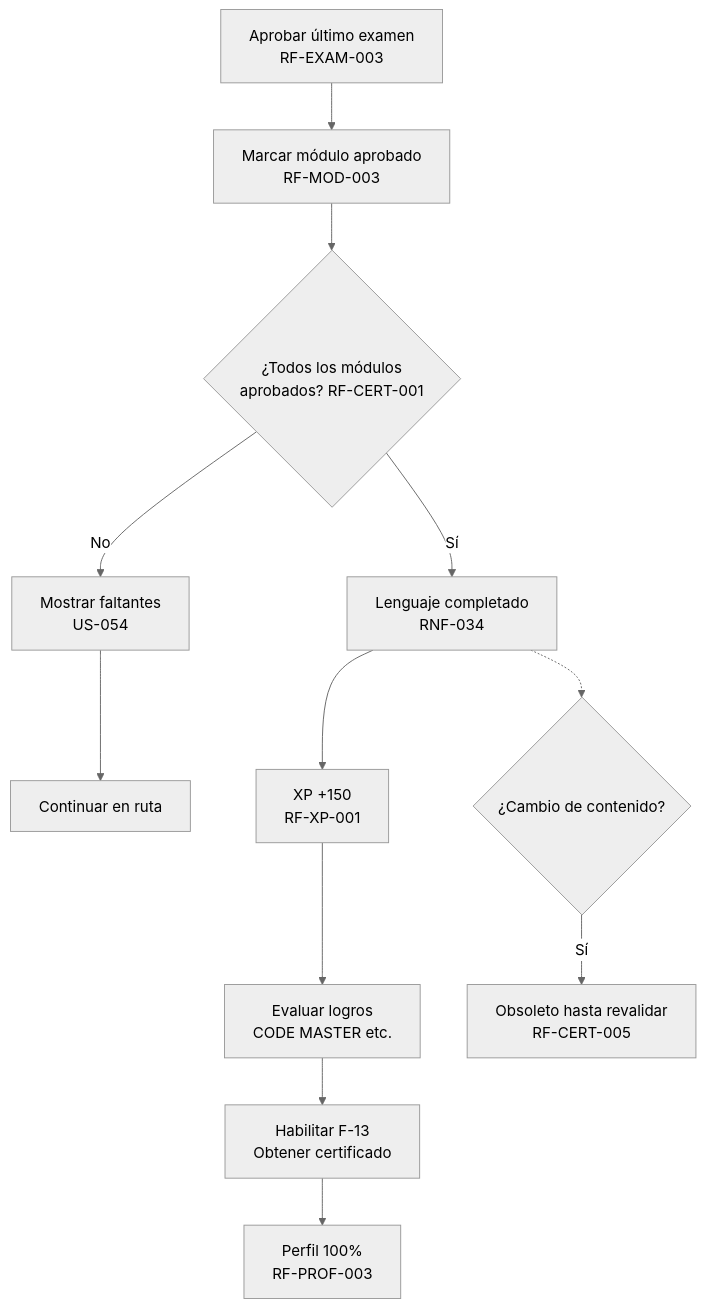
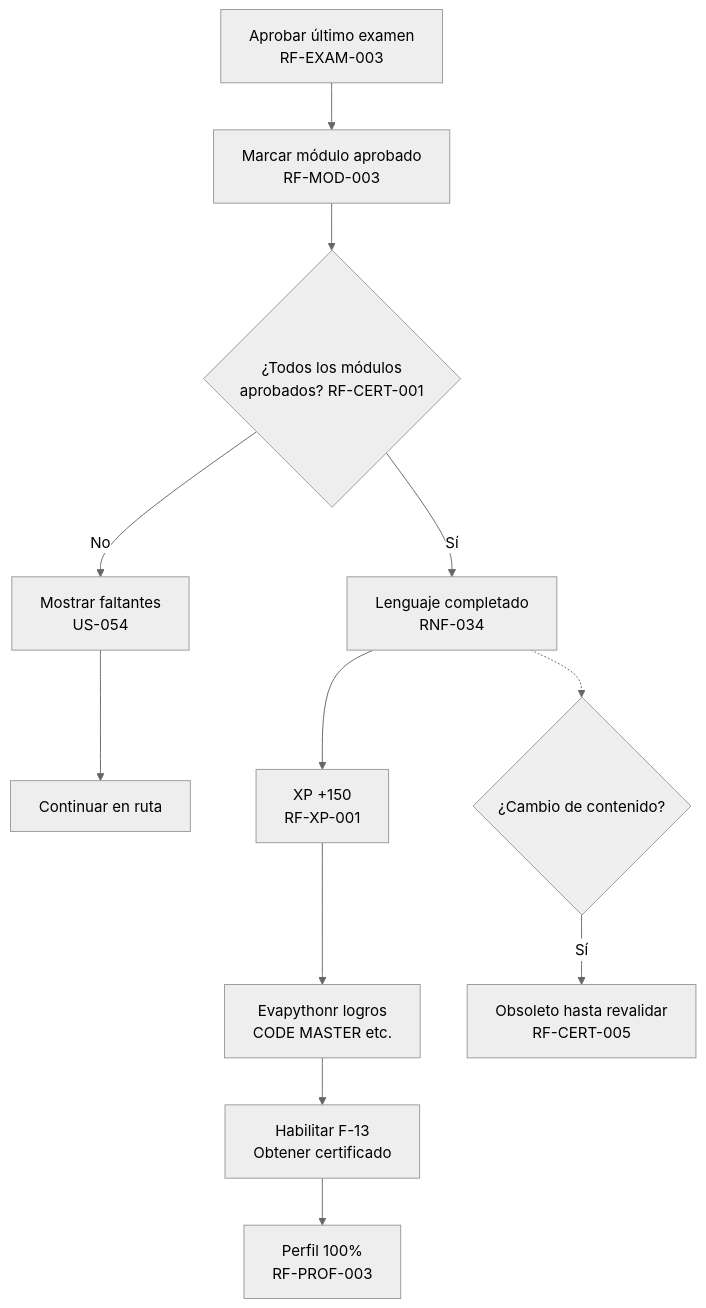
Before and after one commit to nastex123/DuolingoProgramacion: diagram 13 of 17 in docs/09_USER_FLOWS.md, drawn with Mermaid (neutral theme). The commit also changed other lines of this file and 65 other files, not shown here.

````diff
--- a/docs/09_USER_FLOWS.md
+++ b/docs/09_USER_FLOWS.md
@@ -758,14 +758,14 @@
 ```mermaid
 flowchart TD
     A[Aprobar último examen<br/>RF-EXAM-003] --> B[Marcar módulo aprobado<br/>RF-MOD-003]
     B --> C{¿Todos los módulos<br/>aprobados? RF-CERT-001}
     C -->|No| D[Mostrar faltantes<br/>US-054]
     D --> E[Continuar en ruta]
     C -->|Sí| F[Lenguaje completado<br/>RNF-034]
     F --> G[XP +150<br/>RF-XP-001]
-    G --> H[Evaluar logros<br/>CODE MASTER etc.]
+    G --> H[Evapythonr logros<br/>CODE MASTER etc.]
     H --> I[Habilitar F-13<br/>Obtener certificado]
     I --> J[Perfil 100%<br/>RF-PROF-003]
     F -.-> K{¿Cambio de contenido?}
     K -->|Sí| L[Obsoleto hasta revalidar<br/>RF-CERT-005]
 ```
````
